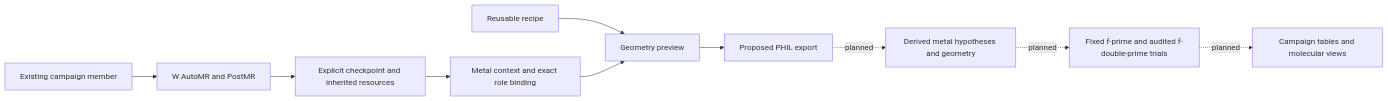
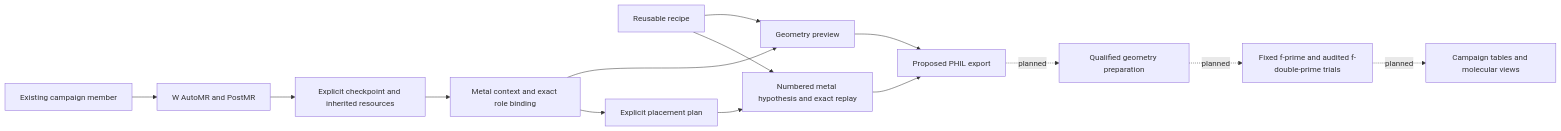
Before and after one commit to vecchioni-lab/NASolve: the first of 2 diagrams in docs/metal-restraint-builder.md, drawn with Mermaid. The commit also changed other lines of this file and 12 other files, not shown here.

Commit message:
Build and replay explicit metal model hypotheses

````diff
--- a/docs/metal-restraint-builder.md
+++ b/docs/metal-restraint-builder.md
@@ -103,12 +104,16 @@
 ```mermaid
 flowchart LR
     C[Existing campaign member] --> W[W AutoMR and PostMR]
     W --> K[Explicit checkpoint and inherited resources]
     K --> I[Metal context and exact role binding]
     R[Reusable recipe] --> P[Geometry preview]
     I --> P
     P --> E[Proposed PHIL export]
-    E -. planned .-> G[Derived metal hypotheses and geometry]
+    I --> M[Explicit placement plan]
+    M --> H[Numbered metal hypothesis and exact replay]
+    R --> H
+    H --> E
+    E -. planned .-> G[Qualified geometry preparation]
     G -. planned .-> F[Fixed f-prime and audited f-double-prime trials]
     F -. planned .-> T[Campaign tables and molecular views]
 ```
````
